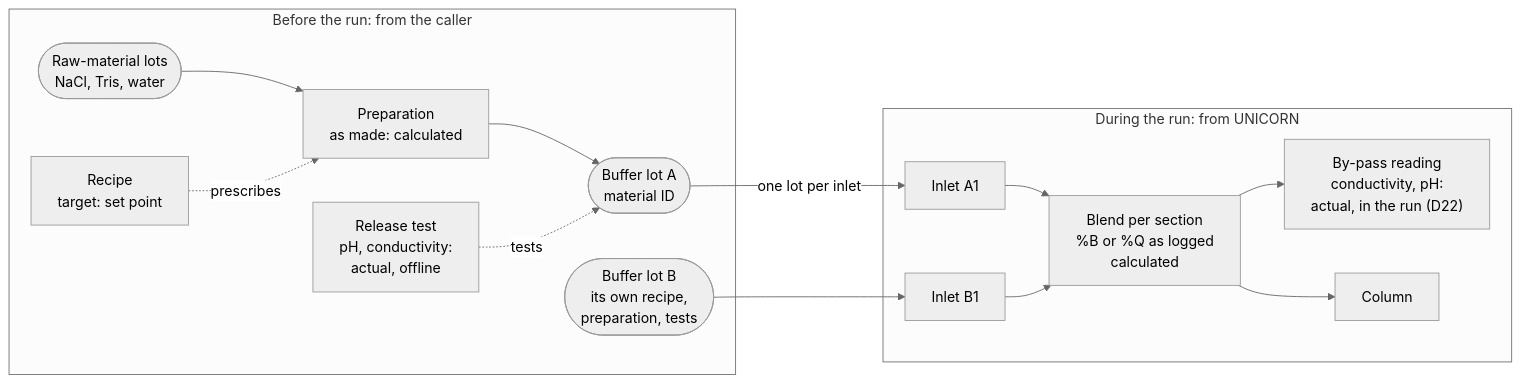
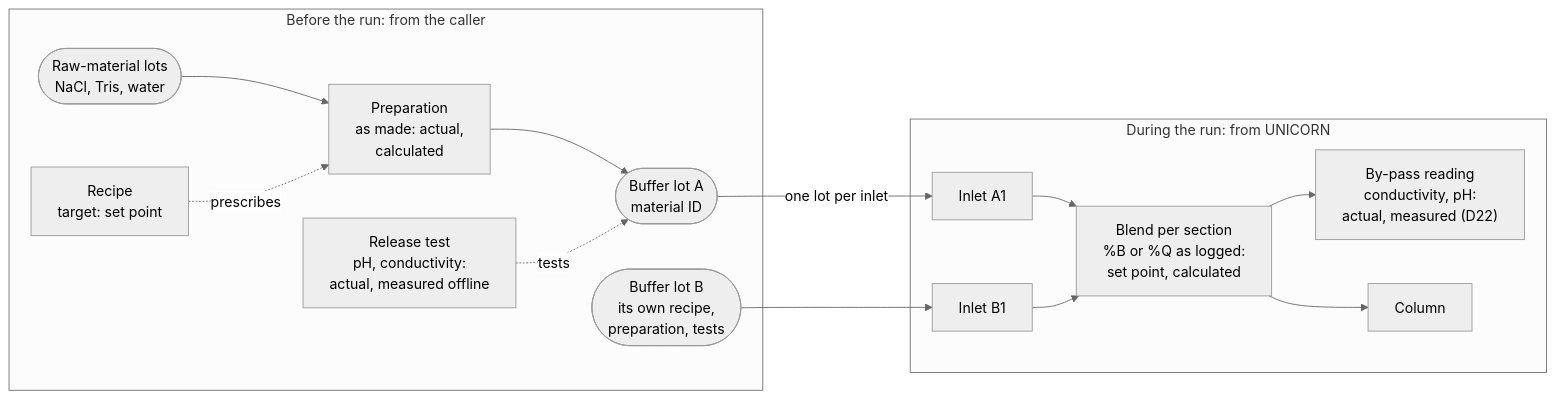
Before and after one commit to traylosj/PyCORN: the ninth of 12 diagrams in docs/RUN_STRUCTURE_RECORD.md, drawn with Mermaid (neutral theme). The commit also changed other lines of this file, not shown here.

First line of the commit message:
Run record proposal: kind is set point or actual, calculated a basis

````diff
--- a/docs/RUN_STRUCTURE_RECORD.md
+++ b/docs/RUN_STRUCTURE_RECORD.md
@@ -714,18 +715,18 @@
 ```mermaid
 flowchart LR
     subgraph before["Before the run: from the caller"]
-        raw(["Raw-material lots<br/>NaCl, Tris, water"]) --> prep["Preparation<br/>as made: calculated"]
+        raw(["Raw-material lots<br/>NaCl, Tris, water"]) --> prep["Preparation<br/>as made: actual,<br/>calculated"]
         recipe["Recipe<br/>target: set point"] -. prescribes .-> prep
         prep --> lotA(["Buffer lot A<br/>material ID"])
-        test["Release test<br/>pH, conductivity:<br/>actual, offline"] -. tests .-> lotA
+        test["Release test<br/>pH, conductivity:<br/>actual, measured offline"] -. tests .-> lotA
         lotB(["Buffer lot B<br/>its own recipe,<br/>preparation, tests"])
     end
     subgraph during["During the run: from UNICORN"]
-        inA["Inlet A1"] --> mix["Blend per section<br/>%B or %Q as logged<br/>calculated"]
+        inA["Inlet A1"] --> mix["Blend per section<br/>%B or %Q as logged:<br/>set point, calculated"]
         inB["Inlet B1"] --> mix
-        mix --> byp["By-pass reading<br/>conductivity, pH:<br/>actual, in the run (D22)"]
+        mix --> byp["By-pass reading<br/>conductivity, pH:<br/>actual, measured (D22)"]
         mix --> col["Column"]
     end
     lotA -- one lot per inlet --> inA
     lotB --> inB
 ```
````
